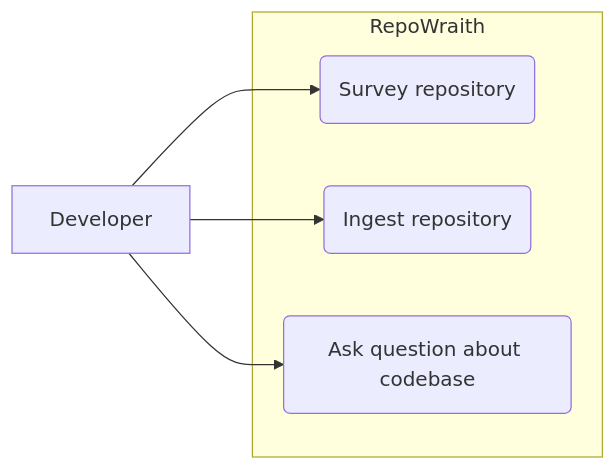
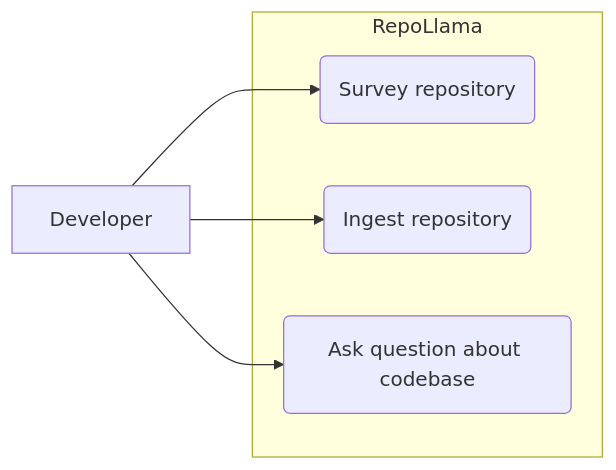
The diagram in docs/3_use_case.md (LisaS7/RepoWraith), drawn with Mermaid before and after one commit. The commit also changed 38 other files, not shown here.

First line of the commit message:
Rename project from RepoWraith to RepoLlama

````diff
--- a/docs/3_use_case.md
+++ b/docs/3_use_case.md
@@ -1,17 +1,17 @@
 ```mermaid
 flowchart LR
 
     developer[Developer]
 
-    subgraph system[RepoWraith]
+    subgraph system[RepoLlama]
         survey(Survey repository)
         ingest(Ingest repository)
         ask(Ask question about codebase)
 
     end
 
     developer --> survey
     developer --> ingest
     developer --> ask
 
 ```
````
